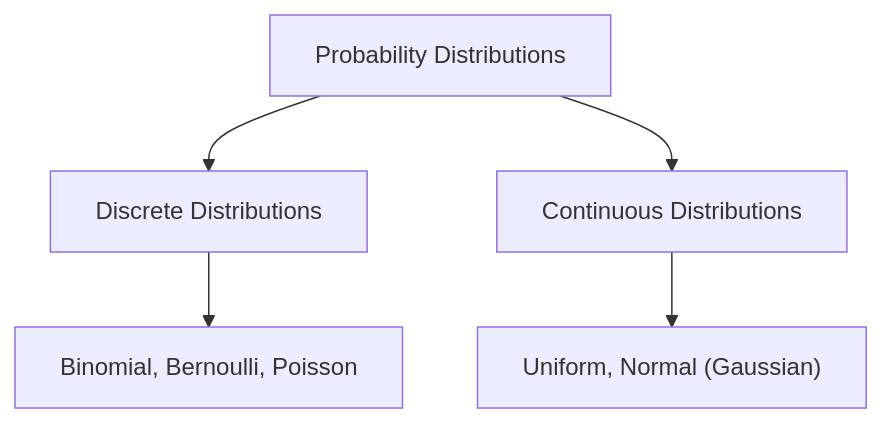
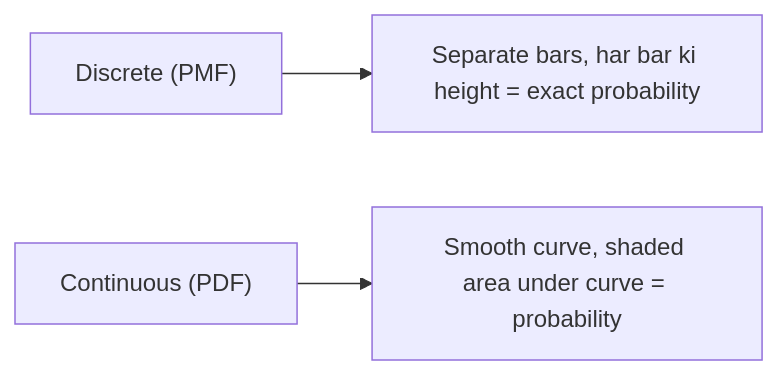
Before and after one commit to S1h2i3v4a/AI_ML: the diagram in lecture_20/Notes_20.17/README_HINGLISH.md, drawn with Mermaid. The commit also changed other lines of this file and 203 other files, not shown here.

Commit message:
docs(lectures 19-21): align notes with video lectures, add blackboard diagrams, clean structured functions, and compile vector PDFs

````diff
--- a/lecture_20/Notes_20.17/README_HINGLISH.md
+++ b/lecture_20/Notes_20.17/README_HINGLISH.md
@@ -14,7 +39,5 @@
 ```mermaid
-flowchart TD
-    A["Probability Distributions"] --> B["Discrete Distributions"]
-    A --> C["Continuous Distributions"]
-    B --> D["Binomial, Bernoulli, Poisson"]
-    C --> E["Uniform, Normal (Gaussian)"]
+flowchart LR
+    A["Discrete (PMF)"] --> B["Separate bars, har bar ki height = exact probability"]
+    C["Continuous (PDF)"] --> D["Smooth curve, shaded area under curve = probability"]
 ```
````
